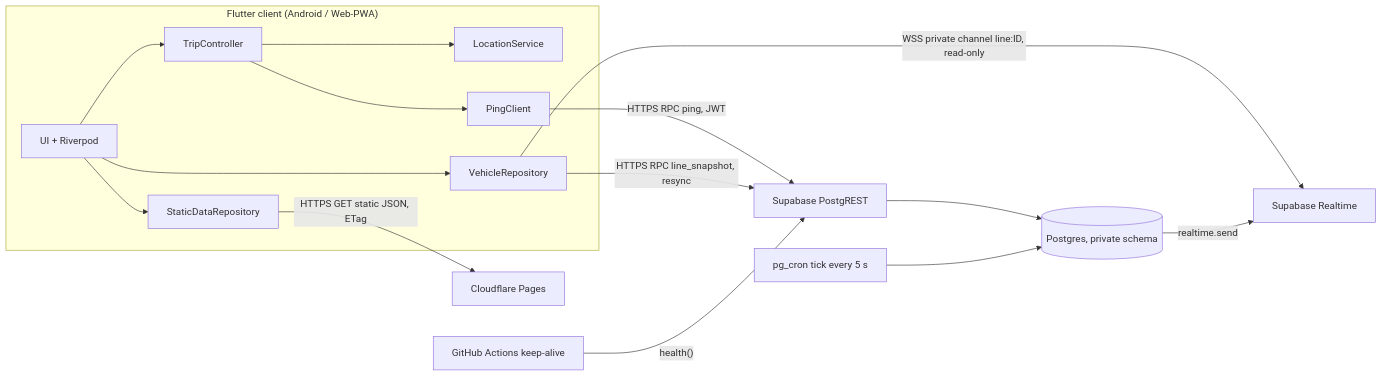
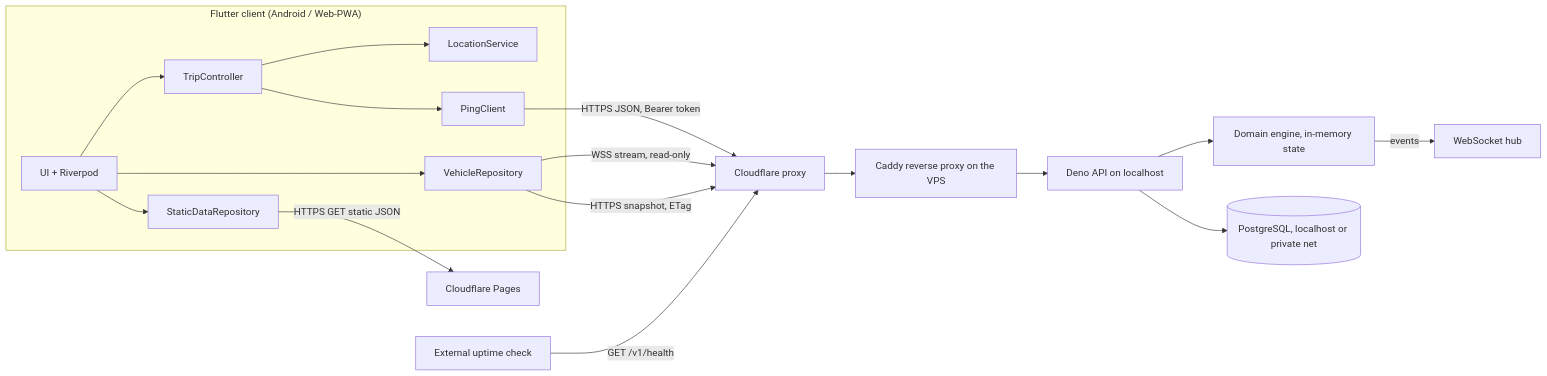
The first of 3 diagrams in PLAN.md (EduLGFon/pontual-bus-tracking-app), drawn with Mermaid before and after one commit. The commit also changed other lines of this file, not shown here.

````diff
--- a/PLAN.md
+++ b/PLAN.md
@@ -271,18 +281,20 @@
 ```mermaid
 flowchart LR
   subgraph Client["Flutter client (Android / Web-PWA)"]
     UI["UI + Riverpod"] --> TC["TripController"]
     TC --> LS["LocationService"]
     TC --> PC["PingClient"]
     UI --> VR["VehicleRepository"]
     UI --> SD["StaticDataRepository"]
   end
-  PC -->|"HTTPS RPC ping, JWT"| API["Supabase PostgREST"]
-  VR -->|"WSS private channel line:ID, read-only"| RT["Supabase Realtime"]
-  VR -->|"HTTPS RPC line_snapshot, resync"| API
-  SD -->|"HTTPS GET static JSON, ETag"| CDN["Cloudflare Pages"]
-  API --> DB[("Postgres, private schema")]
-  CRON["pg_cron tick every 5 s"] --> DB
-  DB -->|"realtime.send"| RT
-  GH["GitHub Actions keep-alive"] -->|"health()"| API
+  PC -->|"HTTPS JSON, Bearer token"| CF["Cloudflare proxy"]
+  VR -->|"WSS stream, read-only"| CF
+  VR -->|"HTTPS snapshot, ETag"| CF
+  CF --> CADDY["Caddy reverse proxy on the VPS"]
+  CADDY --> API["Deno API on localhost"]
+  API --> ENG["Domain engine, in-memory state"]
+  ENG -->|"events"| HUB["WebSocket hub"]
+  API --> DB[("PostgreSQL, localhost or private net")]
+  SD -->|"HTTPS GET static JSON"| CDN["Cloudflare Pages"]
+  MON["External uptime check"] -->|"GET /v1/health"| CF
 ```
````
